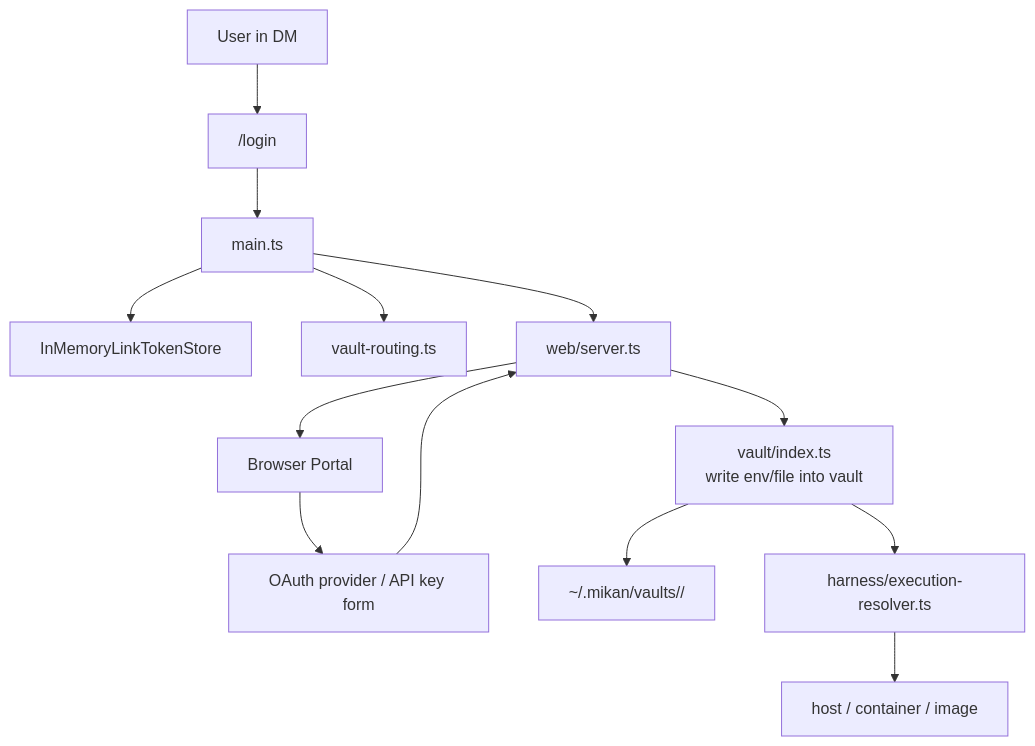
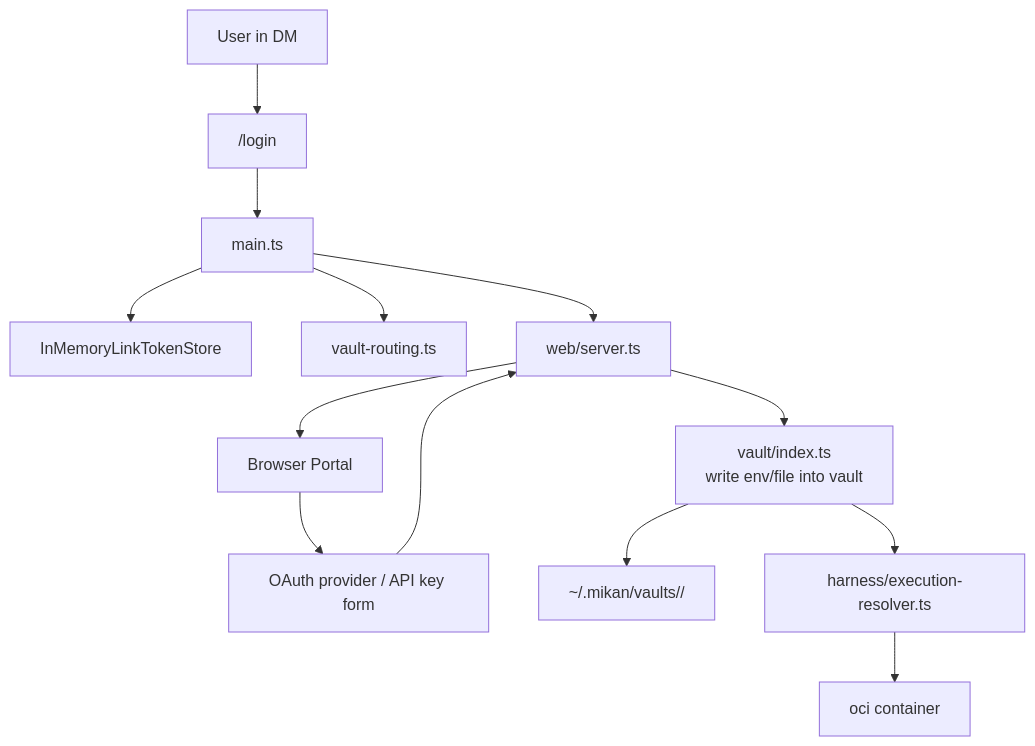
One commit to geminixiang/mikan changed the second of 2 diagrams in src/content/docs/architecture.md. Above: the diagram before and after it, drawn with Mermaid. The commit also changed other lines of this file and 123 other files, not shown here.

````diff
--- a/src/content/docs/architecture.md
+++ b/src/content/docs/architecture.md
@@ -211,15 +209,15 @@
 ```mermaid
 flowchart TD
   User["User in DM"] --> LoginCmd["/login"]
   LoginCmd --> Main["main.ts"]
   Main --> LinkToken["InMemoryLinkTokenStore"]
   Main --> VaultRouting["vault-routing.ts"]
   Main --> WebServer["web/server.ts"]
   WebServer --> Browser["Browser Portal"]
   Browser --> OAuth["OAuth provider / API key form"]
   OAuth --> WebServer
   WebServer --> VaultManager["vault/index.ts\nwrite env/file into vault"]
   VaultManager --> VaultDir["~/.mikan/vaults/<vaultId>/"]
   VaultManager --> Resolver["harness/execution-resolver.ts"]
-  Resolver --> Sandbox["host / container / image"]
+  Resolver --> Sandbox["oci container"]
 ```
````
